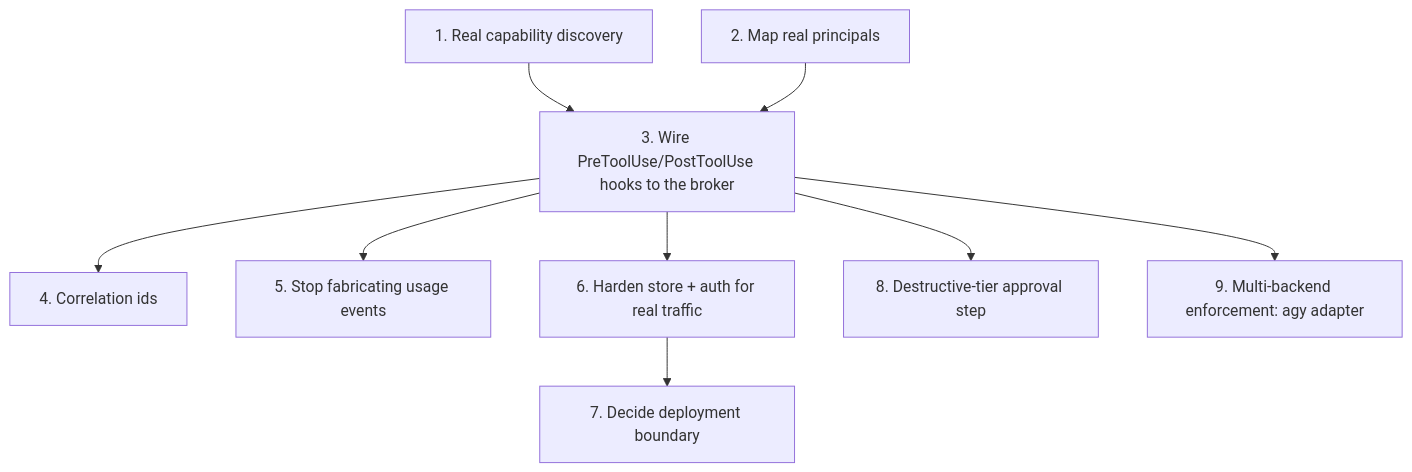
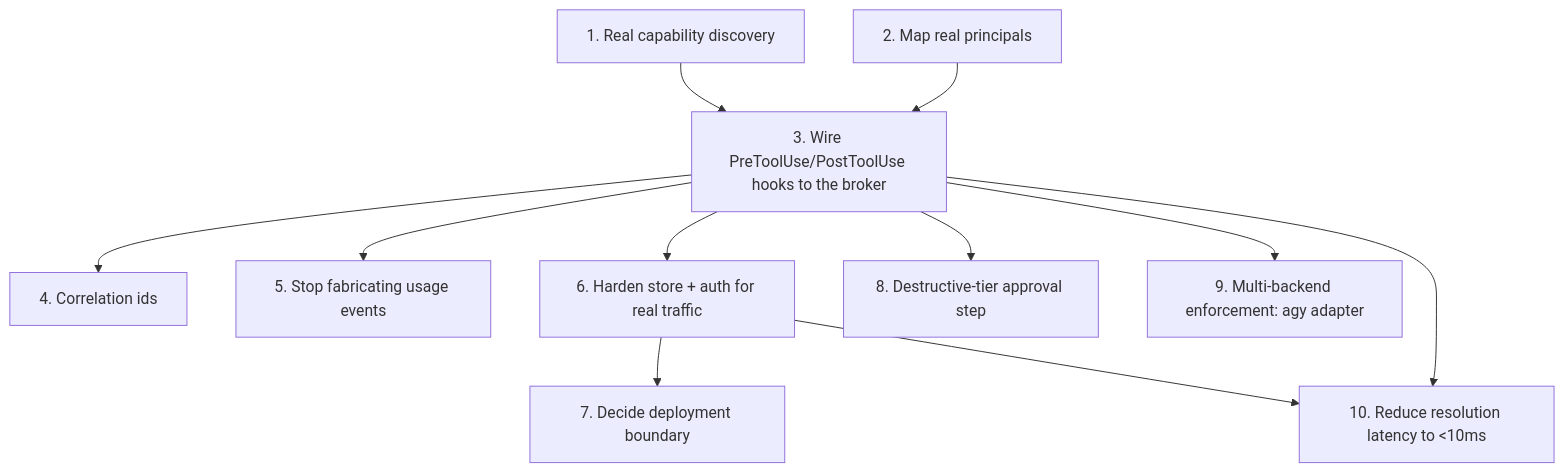
One commit to ejbrahms/Windrow changed the diagram in docs/design/integration-todo.md. Above: the diagram before and after it, drawn with Mermaid. The commit also changed other lines of this file and 5 other files, not shown here.

````diff
--- a/docs/design/integration-todo.md
+++ b/docs/design/integration-todo.md
@@ -11,11 +11,13 @@
 ```mermaid
 flowchart TD
   S1[1. Real capability discovery] --> S3
   S2[2. Map real principals] --> S3
   S3[3. Wire PreToolUse/PostToolUse hooks to the broker] --> S4[4. Correlation ids]
   S3 --> S5[5. Stop fabricating usage events]
   S3 --> S6[6. Harden store + auth for real traffic]
   S6 --> S7[7. Decide deployment boundary]
   S3 --> S8[8. Destructive-tier approval step]
   S3 --> S9[9. Multi-backend enforcement: agy adapter]
+  S3 --> S10[10. Reduce resolution latency to &lt;10ms]
+  S6 --> S10
 ```
````
